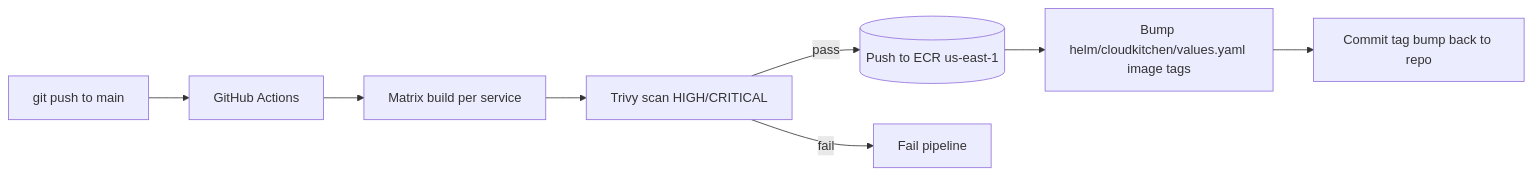
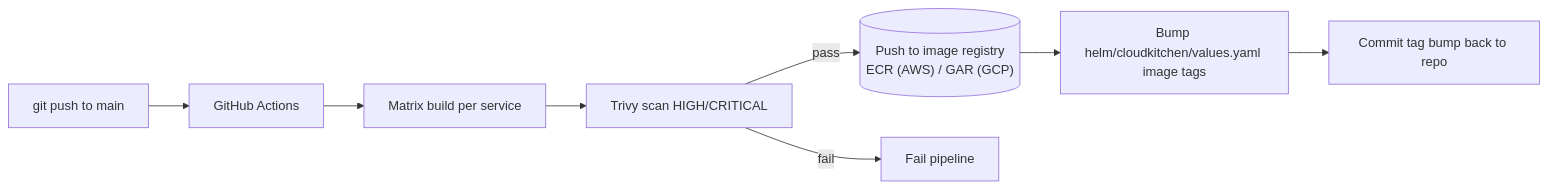
One commit to lokeshzenbook-coder/cloudkitchen-app changed the third of 4 diagrams in docs/architecture/PHASE-1.md. Above: the diagram before and after it, drawn with Mermaid. The commit also changed other lines of this file and 1 other file, not shown here.

````diff
--- a/docs/architecture/PHASE-1.md
+++ b/docs/architecture/PHASE-1.md
@@ -145,10 +146,10 @@
 ```mermaid
 flowchart LR
     push[git push to main] --> ci[GitHub Actions]
     ci --> matrix[Matrix build per service]
     matrix --> trivy[Trivy scan HIGH/CRITICAL]
-    trivy -->|pass| ecr[(Push to ECR us-east-1)]
+    trivy -->|pass| reg[("Push to image registry<br/>ECR (AWS) / GAR (GCP)")]
     trivy -->|fail| stop[Fail pipeline]
-    ecr --> bump[Bump helm/cloudkitchen/values.yaml image tags]
+    reg --> bump[Bump helm/cloudkitchen/values.yaml image tags]
     bump --> commit[Commit tag bump back to repo]
 ```
````
